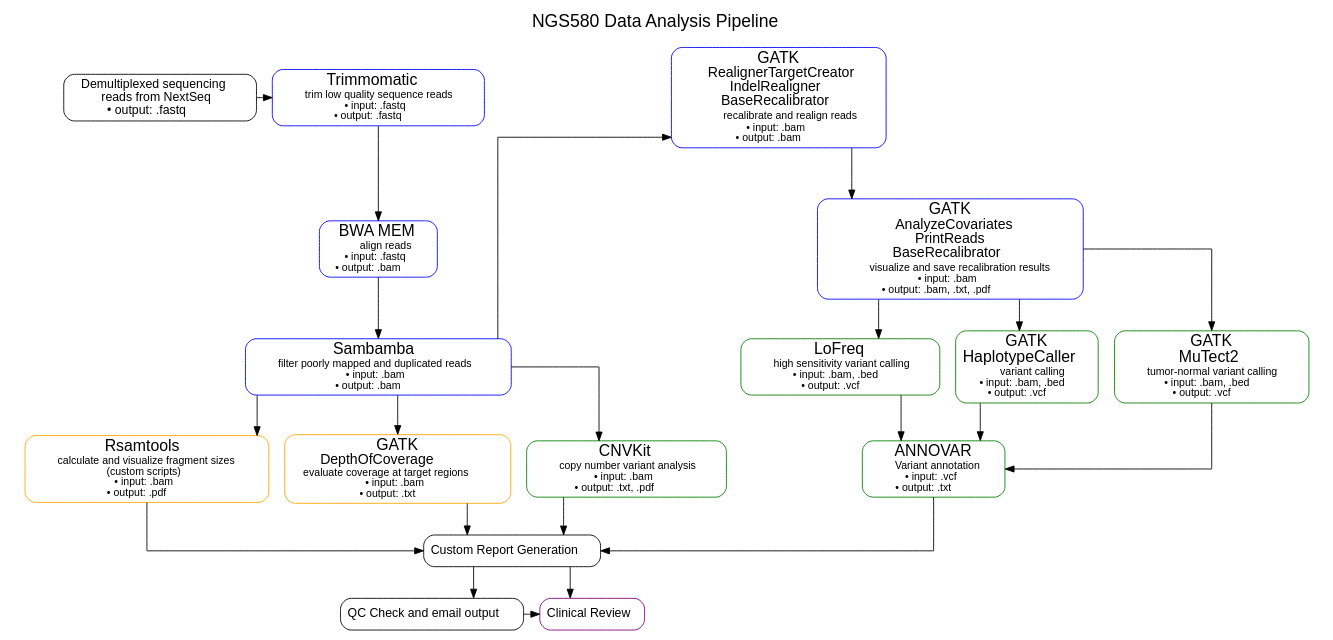
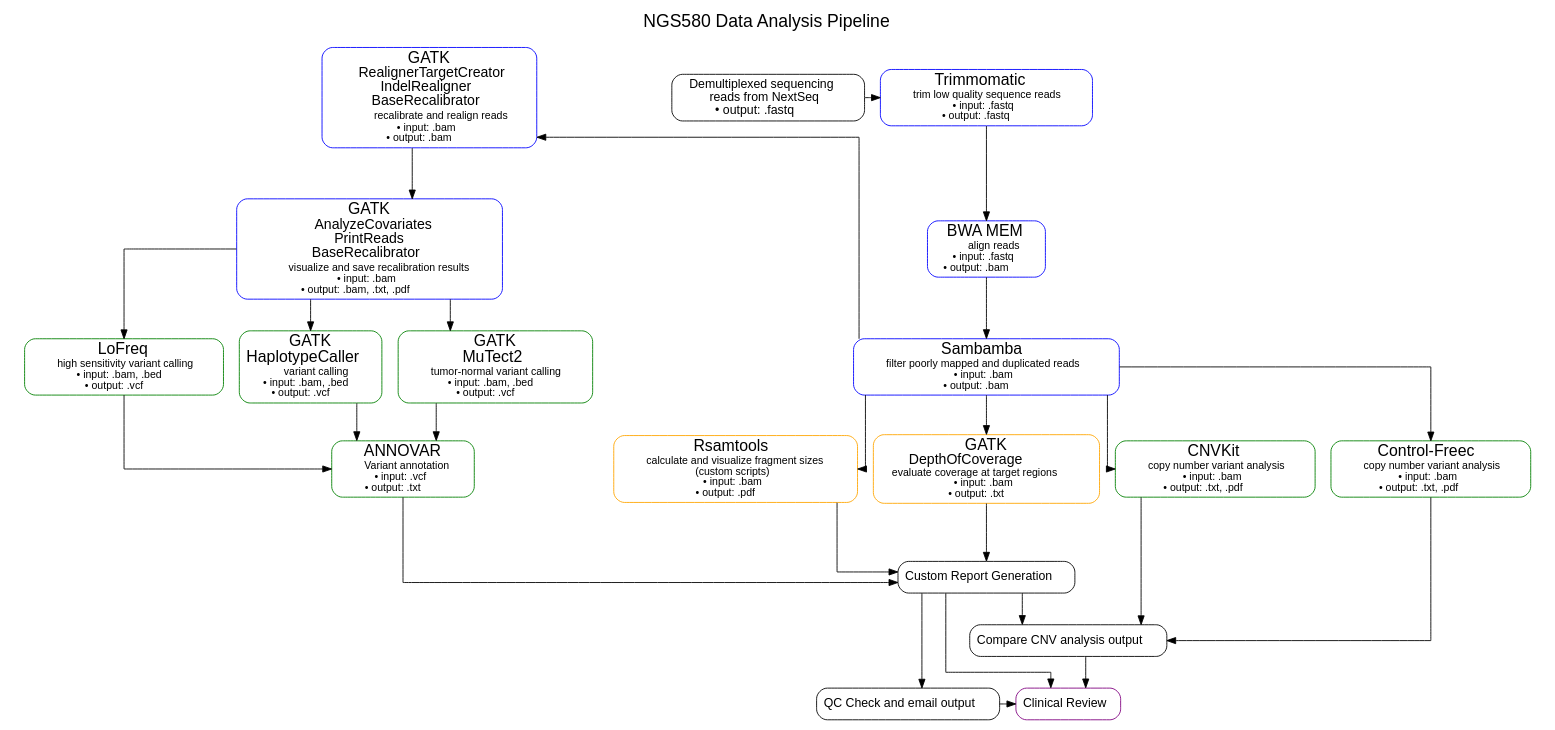
One commit to NYU-Molecular-Pathology/writeup changed the diagram in pipline_workflow.dot. Above: the diagram before and after it, drawn with Graphviz. The commit also changed 5 other files, not shown here.

Commit message:
add control-freec to flowchart

```diff
--- a/pipline_workflow.dot
+++ b/pipline_workflow.dot
@@ -17,7 +17,9 @@
 GATK_DepthOfCoverage
 GATK_Realign
 GATK_Recalibrate
-CNV
+CNVkit
+Control_Freec
+CNV_compare
 LoFreq
 GATK_HaplotypeCaller
 GATK_MuTect2
@@ -154,8 +156,18 @@
     style=rounded, shape=box, color=Green
     ]
 
-CNV [
+CNVkit [
     label=<<FONT POINT-SIZE="18">CNVKit</FONT><BR />
+    <FONT POINT-SIZE="12">
+    copy number variant analysis<BR />
+    &#8226; input: .bam<BR />
+    &#8226; output: .txt, .pdf
+    </FONT>>,
+    style=rounded, shape=box, color=Green
+]
+
+Control_Freec [
+    label=<<FONT POINT-SIZE="18">Control-Freec</FONT><BR />
     <FONT POINT-SIZE="12">
     copy number variant analysis<BR />
     &#8226; input: .bam<BR />
@@ -185,6 +197,11 @@
     style=rounded, shape=box, color=Black
     ]
 
+CNV_compare [
+    label=<<FONT POINT-SIZE="14">Compare CNV analysis output</FONT>>,
+    style=rounded, shape=box, color=Black
+    ]
+
 Review [
     label=<<FONT POINT-SIZE="14">Clinical Review</FONT>>,
     style=rounded, shape=box, color=Purple
@@ -196,6 +213,9 @@
     Trimmomatic -> BWA_MEM -> Sambamba
     Sambamba -> Rsamtools
     Sambamba -> GATK_DepthOfCoverage
+    Sambamba -> CNVkit
+    Sambamba -> Control_Freec
+
     }
 
 subgraph cluster2 {
@@ -206,13 +226,27 @@
      GATK_Recalibrate -> GATK_MuTect2 -> ANNOVAR
     }
 
+subgraph cluster3 {
+    style="invis"
+    Reporting -> CNV_compare
+    Reporting -> QC
+    CNV_compare -> Review
+    Reporting -> Review
+    QC -> Review
+}
+
 splines="ortho"
 
 {rank=same Start Trimmomatic GATK_Realign}
 Start -> Trimmomatic
 
-Sambamba -> CNV
-CNV -> Reporting
+// Sambamba -> CNVkit
+// Sambamba -> Control_Freec
+
+CNVkit -> CNV_compare
+Control_Freec -> CNV_compare
+
+// CNV_compare -> Reporting
 
 Sambamba -> GATK_Realign //[constraint=false]
 ANNOVAR -> Reporting
@@ -221,8 +255,8 @@
 GATK_DepthOfCoverage -> Reporting
 {rank=same QC Review}
 
-Reporting -> QC
-Reporting -> Review
-QC -> Review
+// Reporting -> QC
+// Reporting -> Review
+// QC -> Review
 
 }
```
